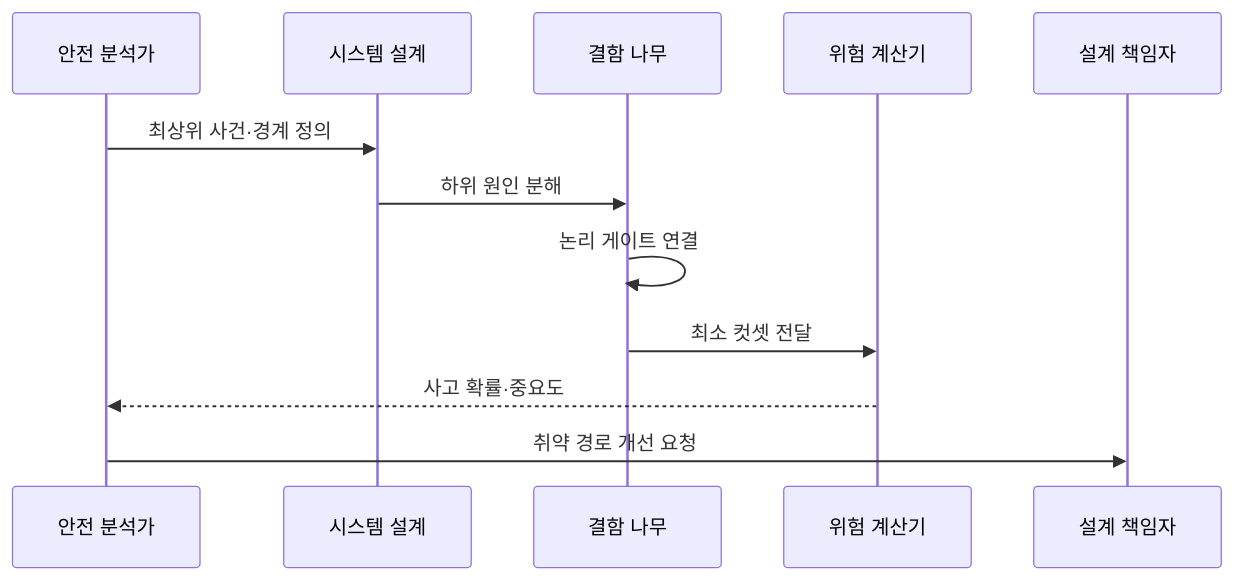
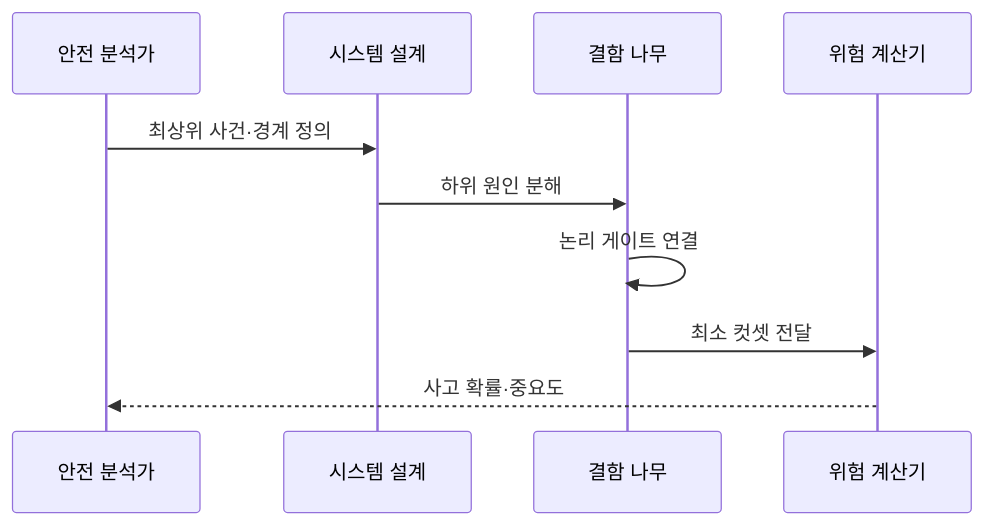
The second of 2 diagrams in src/content/docs/notes/06-evaluation/026_fault_tree_analysis.md (agnusdei1207/knowledge-base), drawn with Mermaid before and after one commit. The commit also changed other lines of this file and 11 other files, not shown here.

````diff
--- a/src/content/docs/notes/06-evaluation/026_fault_tree_analysis.md
+++ b/src/content/docs/notes/06-evaluation/026_fault_tree_analysis.md
@@ -83,14 +83,12 @@
 ```mermaid
 sequenceDiagram
     participant A as 안전 분석가
     participant S as 시스템 설계
     participant T as 결함 나무
     participant Q as 위험 계산기
-    participant D as 설계 책임자
     A->>S: 최상위 사건·경계 정의
     S->>T: 하위 원인 분해
     T->>T: 논리 게이트 연결
     T->>Q: 최소 컷셋 전달
     Q-->>A: 사고 확률·중요도
-    A->>D: 취약 경로 개선 요청
 ```
````
